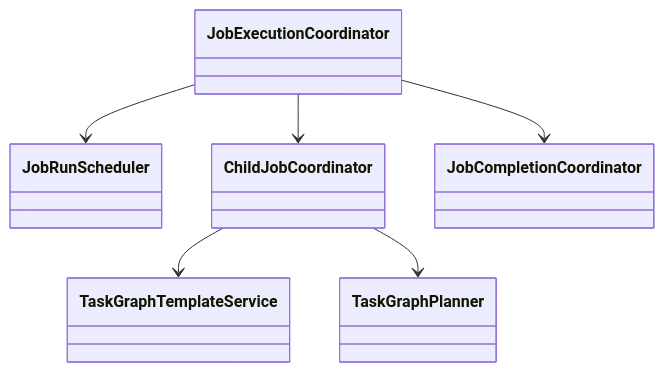
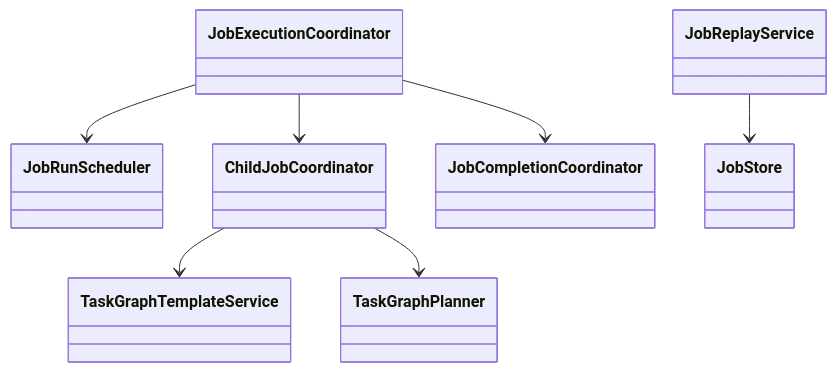
Before and after one commit to funjson/meta-agent: the diagram in backend/src/main/java/com/funjson/metaagent/job/README.md, drawn with Mermaid. The commit also changed other lines of this file and 120 other files, not shown here.

````diff
--- a/backend/src/main/java/com/funjson/metaagent/job/README.md
+++ b/backend/src/main/java/com/funjson/metaagent/job/README.md
@@ -10,8 +10,9 @@
 ```mermaid
 classDiagram
   JobExecutionCoordinator --> JobRunScheduler
   JobExecutionCoordinator --> ChildJobCoordinator
   JobExecutionCoordinator --> JobCompletionCoordinator
+  JobReplayService --> JobStore
   ChildJobCoordinator --> TaskGraphTemplateService
   ChildJobCoordinator --> TaskGraphPlanner
 ```
````
